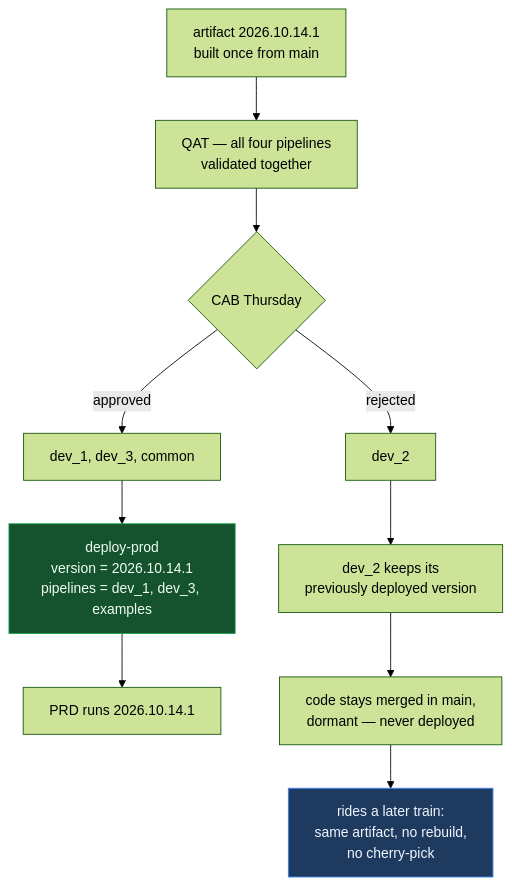
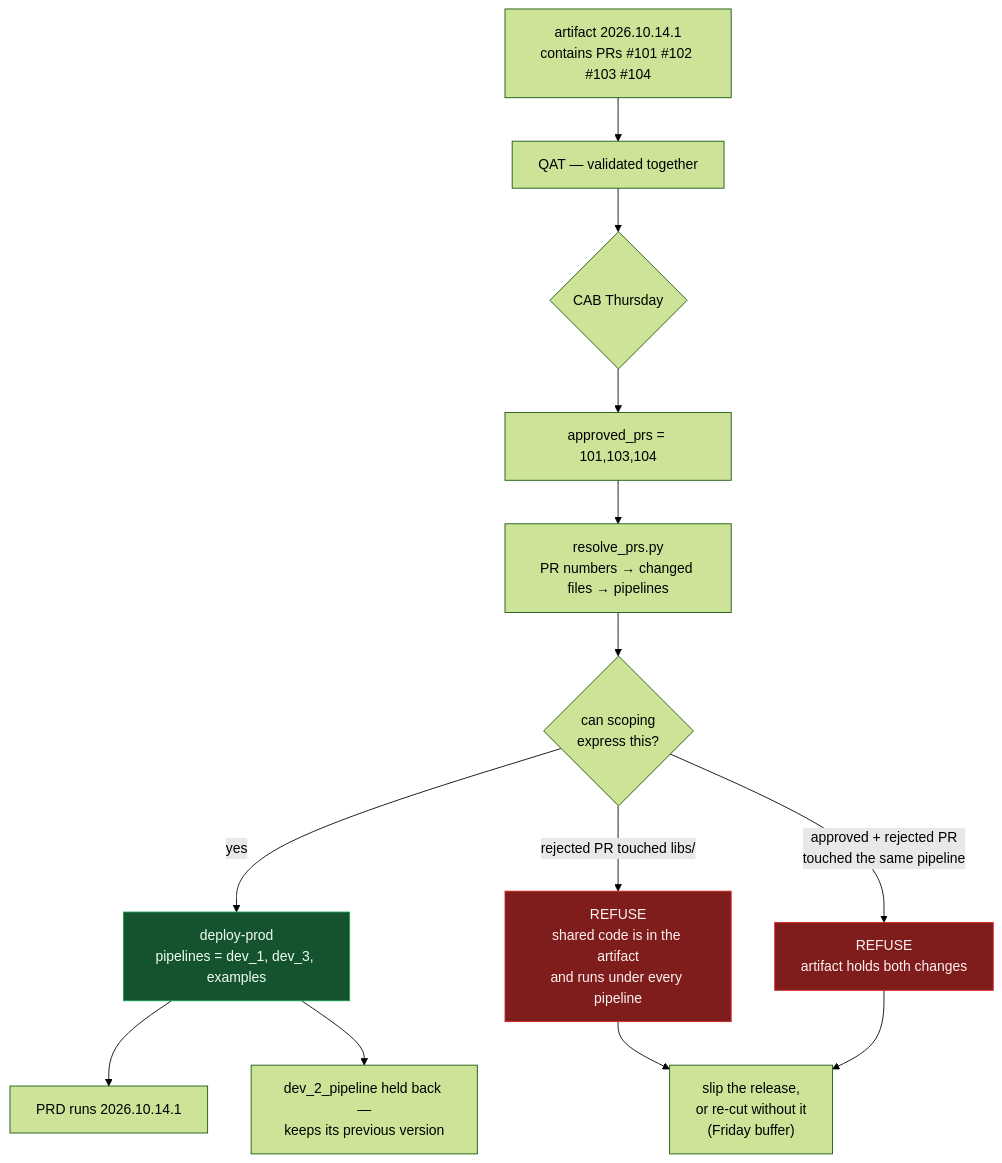
The fifth of 6 diagrams in docs/workflow-diagrams.md (vkriskanth/dataops-test), drawn with Mermaid (forest theme) before and after one commit. The commit also changed other lines of this file and 10 other files, not shown here.

````diff
--- a/docs/workflow-diagrams.md
+++ b/docs/workflow-diagrams.md
@@ -142,18 +165,23 @@
 ```mermaid
 flowchart TD
-    A["artifact 2026.10.14.1<br/>built once from main"] --> Q["QAT — all four pipelines<br/>validated together"]
+    A["artifact 2026.10.14.1<br/>contains PRs #101 #102 #103 #104"] --> Q["QAT — validated together"]
     Q --> CAB{"CAB Thursday"}
+    CAB --> IN["approved_prs = 101,103,104"]
 
-    CAB -- approved --> OK["dev_1, dev_3, common"]
-    CAB -- rejected --> NO["dev_2"]
+    IN --> RES["resolve_prs.py<br/>PR numbers → changed files → pipelines"]
+    RES --> CHK{"can scoping<br/>express this?"}
 
-    OK --> DEP["deploy-prod<br/>version = 2026.10.14.1<br/>pipelines = dev_1, dev_3, examples"]
+    CHK -- yes --> DEP["deploy-prod<br/>pipelines = dev_1, dev_3, examples"]
     DEP --> LIVE["PRD runs 2026.10.14.1"]
+    DEP --> HOLD["dev_2_pipeline held back —<br/>keeps its previous version"]
 
-    NO --> HOLD["dev_2 keeps its<br/>previously deployed version"]
-    HOLD --> STAY["code stays merged in main,<br/>dormant — never deployed"]
-    STAY --> NEXT["rides a later train:<br/>same artifact, no rebuild,<br/>no cherry-pick"]
+    CHK -- "rejected PR touched libs/" --> X1["REFUSE<br/>shared code is in the artifact<br/>and runs under every pipeline"]
+    CHK -- "approved + rejected PR<br/>touched the same pipeline" --> X2["REFUSE<br/>artifact holds both changes"]
+
+    X1 --> OPT["slip the release,<br/>or re-cut without it<br/>(Friday buffer)"]
+    X2 --> OPT
 
     style DEP fill:#14532d,stroke:#16a34a,color:#f0fdf4
-    style NEXT fill:#1e3a5f,stroke:#3b82f6,color:#eff6ff
+    style X1 fill:#7f1d1d,stroke:#dc2626,color:#fef2f2
+    style X2 fill:#7f1d1d,stroke:#dc2626,color:#fef2f2
 ```
````
